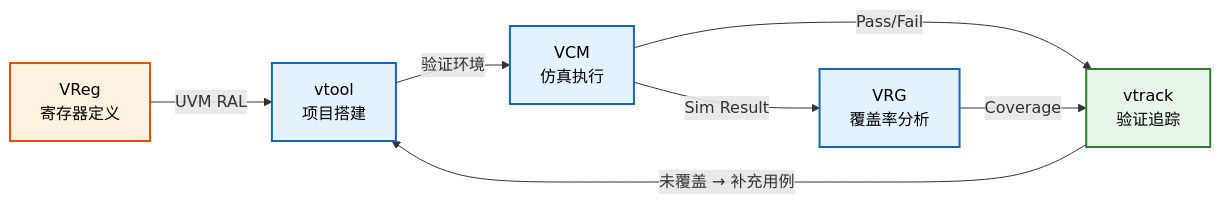
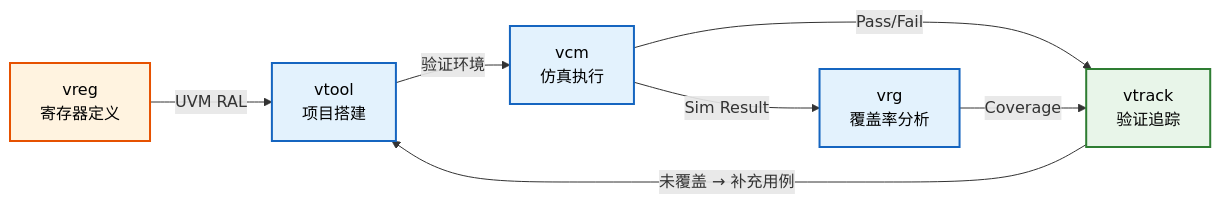
The diagram in README.md (Johnmc104/Johnmc104), drawn with Mermaid before and after one commit. The commit also changed other lines of this file, not shown here.

````diff
--- a/README.md
+++ b/README.md
@@ -69,15 +69,15 @@
 ```mermaid
 flowchart LR
-    A["VReg<br/>寄存器定义"] -->|"UVM RAL"| B["vtool<br/>项目搭建"]
-    B -->|"验证环境"| C["VCM<br/>仿真执行"]
-    C -->|"Sim Result"| D["VRG<br/>覆盖率分析"]
+    A["vreg<br/>寄存器定义"] -->|"UVM RAL"| B["vtool<br/>项目搭建"]
+    B -->|"验证环境"| C["vcm<br/>仿真执行"]
+    C -->|"Sim Result"| D["vrg<br/>覆盖率分析"]
     C -->|"Pass/Fail"| E["vtrack<br/>验证追踪"]
     D -->|"Coverage"| E
     E -->|"未覆盖 → 补充用例"| B
 
     style A fill:#fff3e0,stroke:#e65100,stroke-width:2px,color:#000
     style B fill:#e3f2fd,stroke:#1565c0,stroke-width:2px,color:#000
     style C fill:#e3f2fd,stroke:#1565c0,stroke-width:2px,color:#000
     style D fill:#e3f2fd,stroke:#1565c0,stroke-width:2px,color:#000
     style E fill:#e8f5e9,stroke:#2e7d32,stroke-width:2px,color:#000
 ```
````
